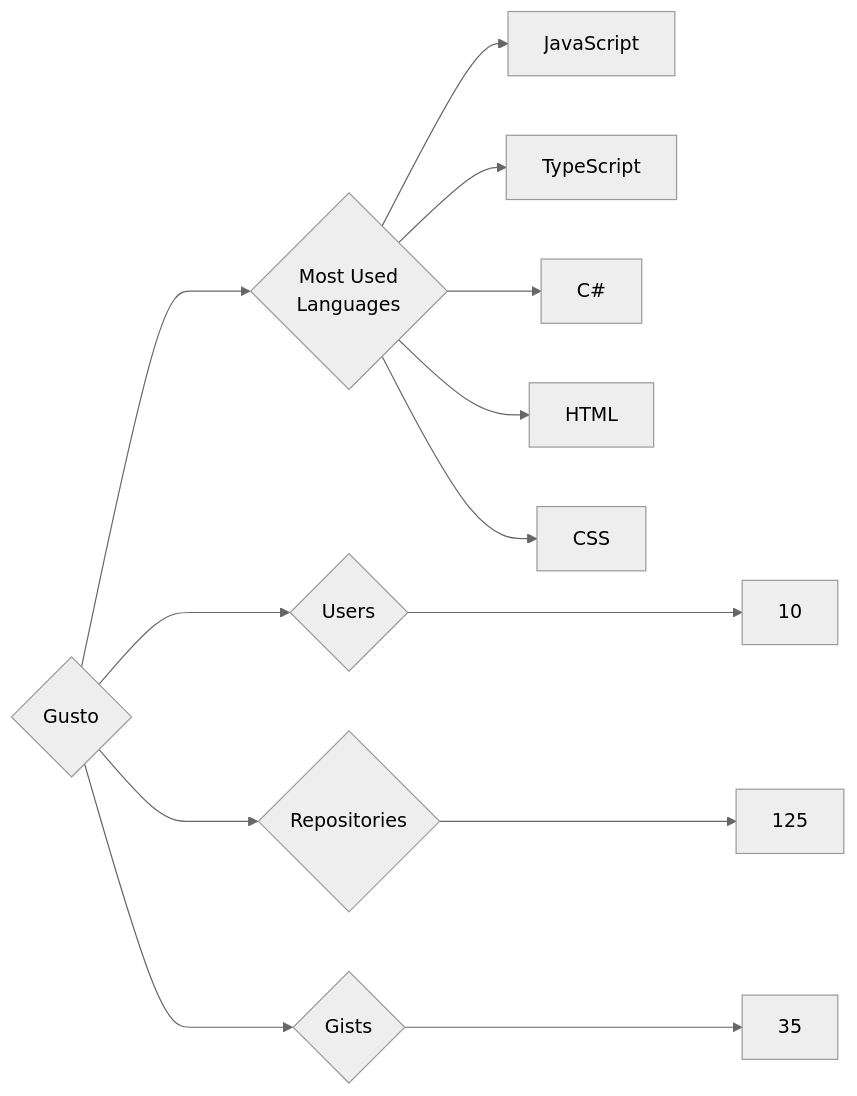
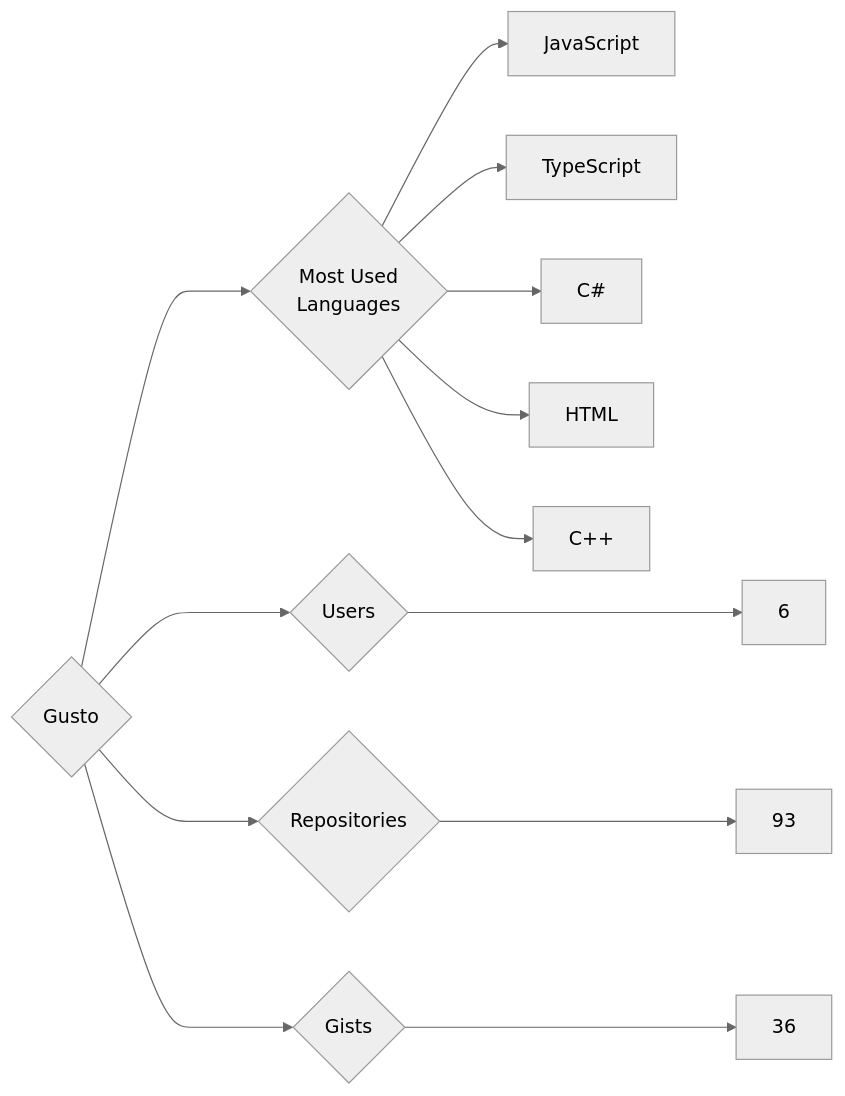
One commit to trickest/insiders changed the diagram in targets/Gusto/README.md. Above: the diagram before and after it, drawn with Mermaid (neutral theme). The commit also changed 944 other files, not shown here.

````diff
--- a/targets/Gusto/README.md
+++ b/targets/Gusto/README.md
@@ -3,13 +3,13 @@
 ```mermaid
 graph LR
 COMPANY_NAME{Gusto}
-COMPANY_NAME ---> U{Users} ---> UN[10]
-COMPANY_NAME ---> R{Repositories} ---> RN[125]
-COMPANY_NAME ---> G{Gists} ---> GN[35]
+COMPANY_NAME ---> U{Users} ---> UN[6]
+COMPANY_NAME ---> R{Repositories} ---> RN[93]
+COMPANY_NAME ---> G{Gists} ---> GN[36]
 COMPANY_NAME ---> ML{Most Used<br>Languages}
 ML --> JavaScript[JavaScript]
 ML --> TypeScript[TypeScript]
 ML --> C#[C#]
 ML --> HTML[HTML]
-ML --> CSS[CSS]
+ML --> C++[C++]
 ```
````
